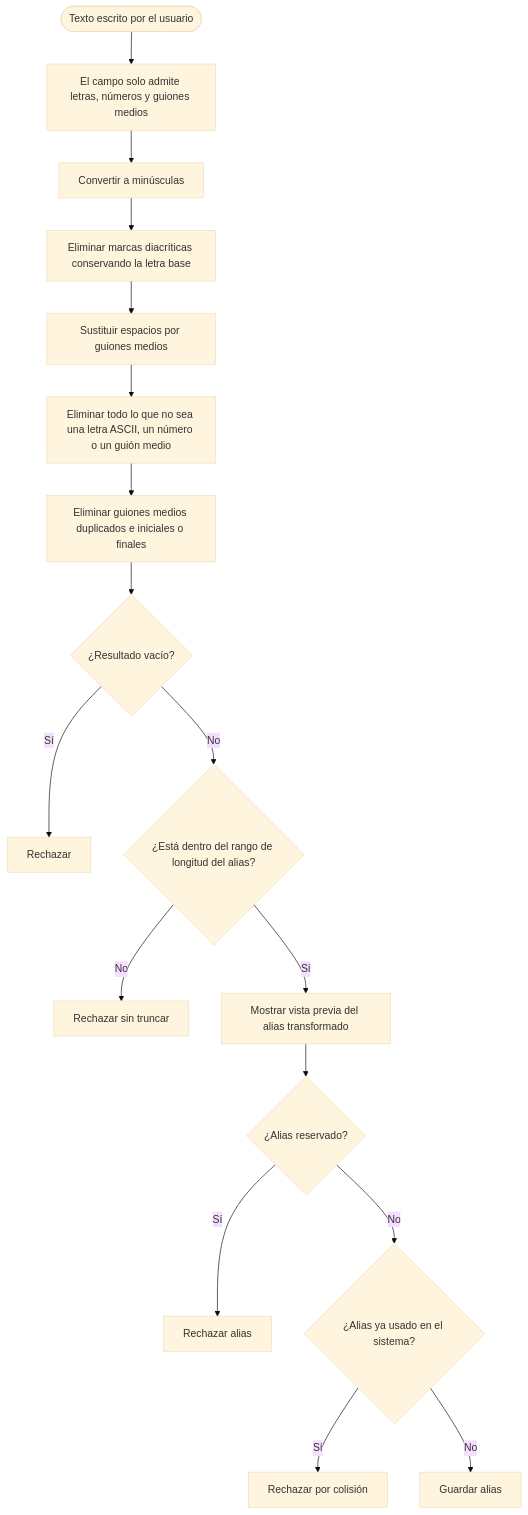
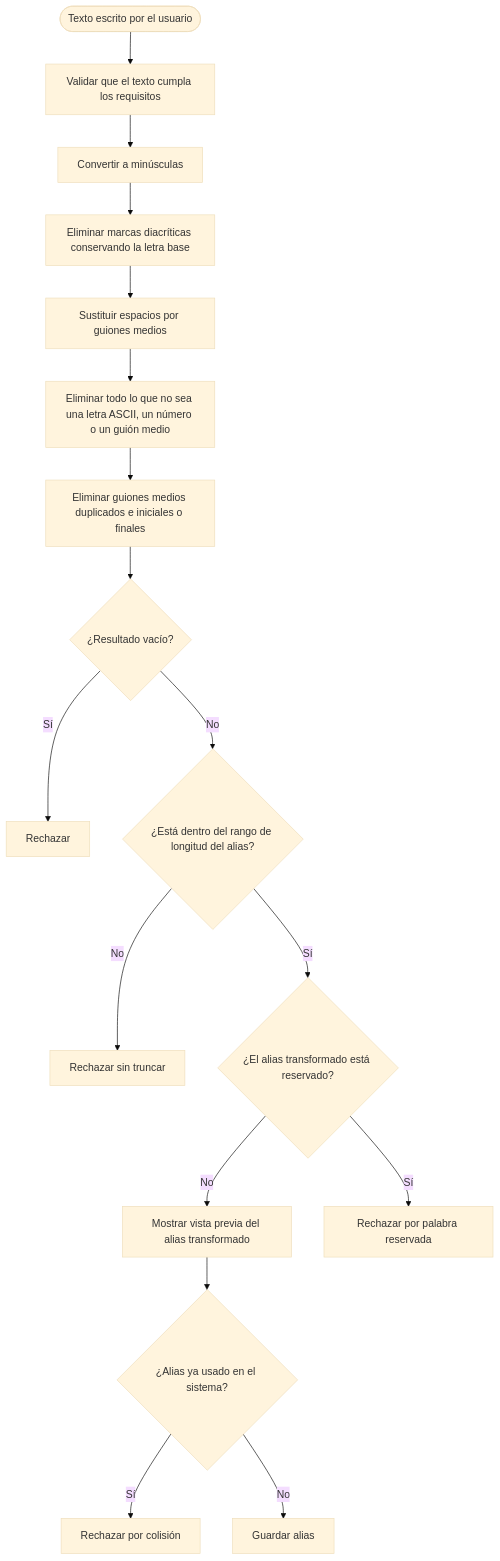
One commit to DaveSoftDev/Linkubator changed the diagram in context/diagrams/process-alias.md. Above: the diagram before and after it, drawn with Mermaid (base theme). The commit also changed other lines of this file and 29 other files, not shown here.

````diff
--- a/context/diagrams/process-alias.md
+++ b/context/diagrams/process-alias.md
@@ -5,30 +5,30 @@
 ```mermaid
 flowchart TD
     start([Texto escrito por el usuario])
-    input[El campo solo admite letras, números y guiones medios]
+    input[Validar que el texto cumpla los requisitos]
     lowercase[Convertir a minúsculas]
     diacritics[Eliminar marcas diacríticas conservando la letra base]
     spaces[Sustituir espacios por guiones medios]
     allowed[Eliminar todo lo que no sea una letra ASCII, un número o un guión medio]
     hyphens[Eliminar guiones medios duplicados e iniciales o finales]
     empty{¿Resultado vacío?}
     rejectEmpty[Rechazar]
     range{¿Está dentro del rango de longitud del alias?}
     rejectRange[Rechazar sin truncar]
     preview[Mostrar vista previa del alias transformado]
-    reserved{¿Alias reservado?}
-    rejectReserved[Rechazar alias]
+    reserved{¿El alias transformado está reservado?}
+    rejectReserved[Rechazar por palabra reservada]
     collision{¿Alias ya usado en el sistema?}
     rejectCollision[Rechazar por colisión]
     saveAlias[Guardar alias]
 
     start --> input --> lowercase --> diacritics --> spaces --> allowed --> hyphens --> empty
     empty -->|Sí| rejectEmpty
     empty -->|No| range
     range -->|No| rejectRange
-    range -->|Sí| preview --> reserved
+    range -->|Sí| reserved
     reserved -->|Sí| rejectReserved
-    reserved -->|No| collision
+    reserved -->|No| preview --> collision
     collision -->|Sí| rejectCollision
     collision -->|No| saveAlias
 ```
````
